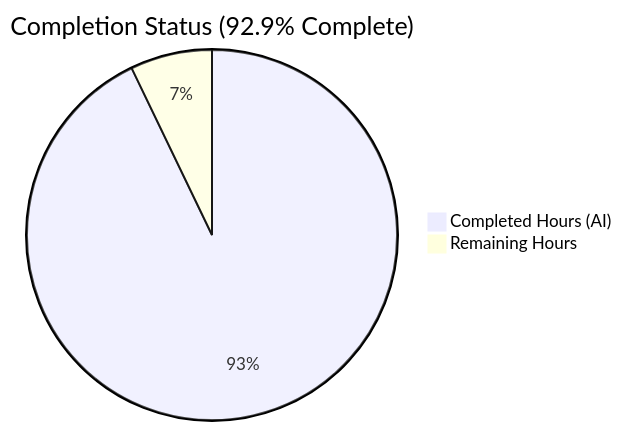
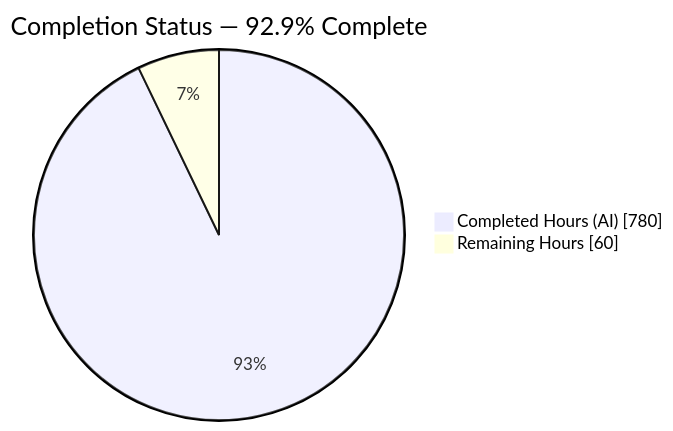
Before and after one commit to Blitzy-Sandbox/blitzy-WebVella-ERP: the first of 4 diagrams in blitzy/documentation/Project Guide.md, drawn with Mermaid. The commit also changed other lines of this file, not shown here.

Commit message:
Adding Blitzy Project Guide: Project Status and Human Tasks Remaining

````diff
--- a/blitzy/documentation/Project Guide.md
+++ b/blitzy/documentation/Project Guide.md
@@ -13,5 +16,5 @@
 ```mermaid
-pie title Completion Status (92.9% Complete)
+pie showData title Completion Status — 92.9% Complete
     "Completed Hours (AI)" : 780
     "Remaining Hours" : 60
 ```
````
